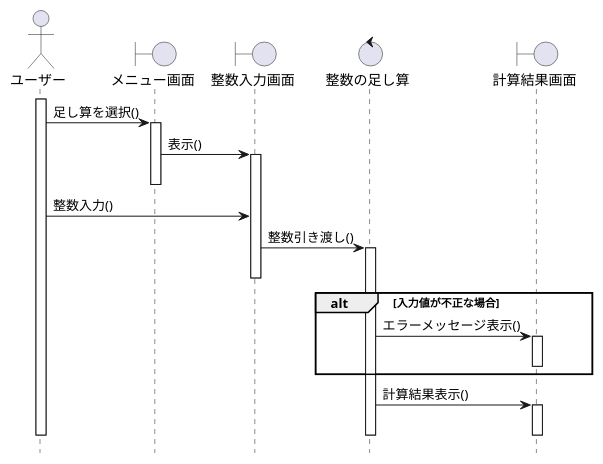
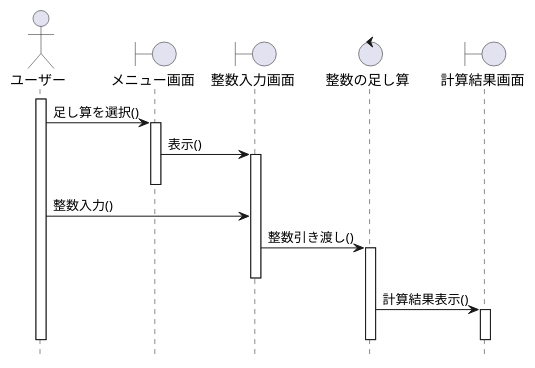
One commit to FujikawaHirono0520/group3_1_dogdog changed the diagram in sequence_add.pu. Above: the diagram before and after it, drawn with PlantUML.

Commit message:
【変更】代替フロー部分の削除

```diff
--- a/sequence_add.pu
+++ b/sequence_add.pu
@@ -1,35 +1,27 @@
 @startuml add
 hide footbox
 
 actor       ユーザー       as A
 boundary    メニュー画面    as B1
 boundary    整数入力画面    as B2
 control     整数の足し算     as C
 boundary    計算結果画面    as B3
 
 '時系列①
 activate A
 A -> B1: 足し算を選択()
 activate B1
 B1 -> B2: 表示()
 activate B2
 deactivate B1
 A -> B2: 整数入力()
 B2 -> C: 整数引き渡し()
 activate C
 deactivate B2
-
-
-alt 入力値が不正な場合
-  C -> B3: エラーメッセージ表示()
-  activate B3
-  deactivate B3
-end
-
 C -> B3: 計算結果表示()
 activate B3
 deactivate C
 deactivate B3
 deactivate A
 
 @enduml
```
